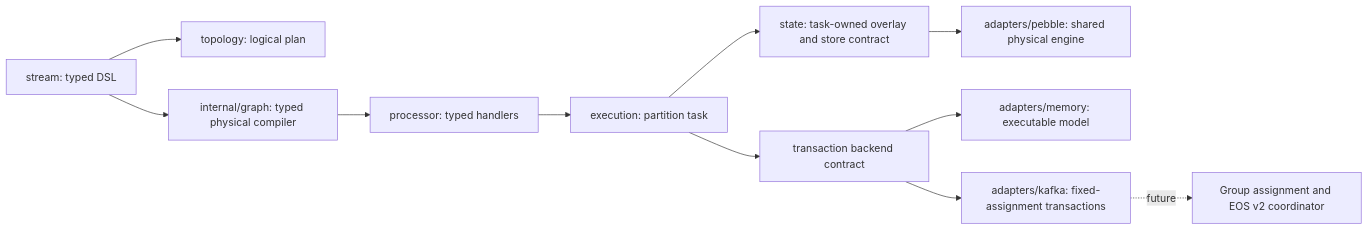
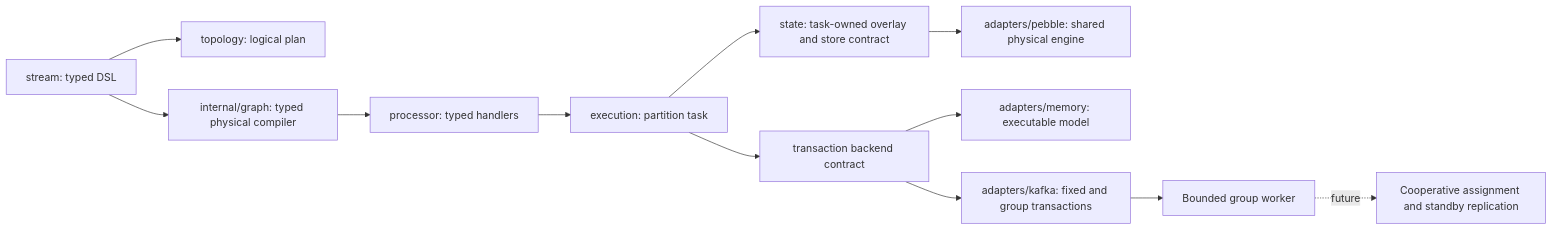
One commit to SoraDaibu/kstream-go changed the diagram in docs/architecture.md. Above: the diagram before and after it, drawn with Mermaid. The commit also changed other lines of this file and 13 other files, not shown here.

Commit message:
docs: add group worker example, validated boundaries and recovery evidence

````diff
--- a/docs/architecture.md
+++ b/docs/architecture.md
@@ -6,13 +6,14 @@
 ```mermaid
 flowchart LR
   DSL[stream: typed DSL] --> Logical[topology: logical plan]
   DSL --> Graph[internal/graph: typed physical compiler]
   Graph --> Processor[processor: typed handlers]
   Processor --> Task[execution: partition task]
   Task --> Store[state: task-owned overlay and store contract]
   Store --> Persistent[adapters/pebble: shared physical engine]
   Task --> Backend[transaction backend contract]
   Backend --> Memory[adapters/memory: executable model]
-  Backend --> Kafka[adapters/kafka: fixed-assignment transactions]
-  Kafka -. future .-> Groups[Group assignment and EOS v2 coordinator]
+  Backend --> Kafka[adapters/kafka: fixed and group transactions]
+  Kafka --> Groups[Bounded group worker]
+  Groups -. future .-> More[Cooperative assignment and standby replication]
 ```
````
